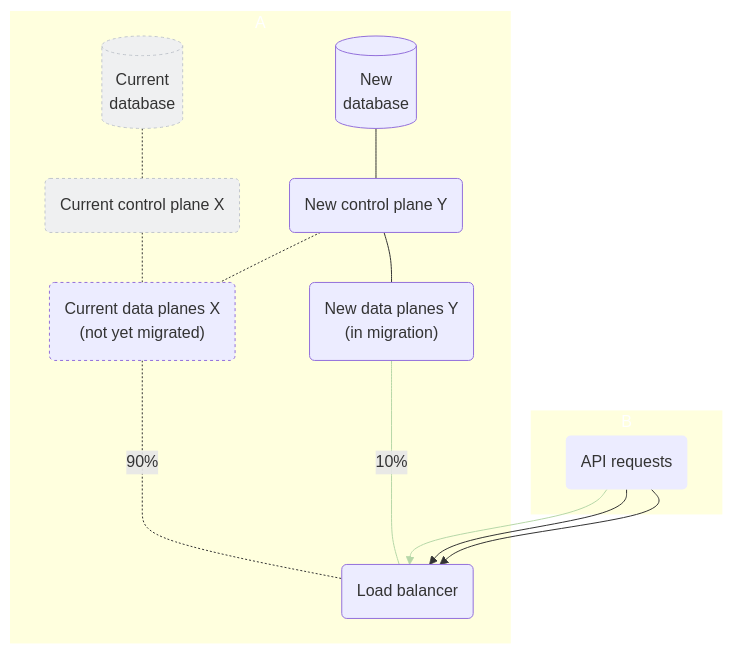
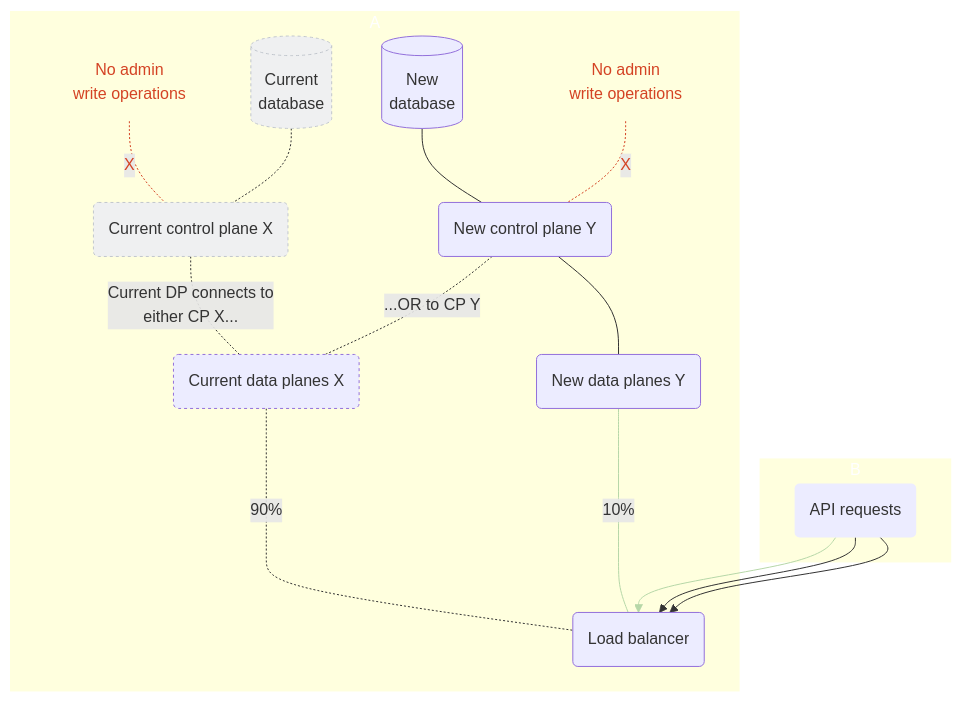
The third of 4 diagrams in app/_includes/md/gateway/hybrid-upgrade.md (Kong/docs.konghq.com), drawn with Mermaid before and after one commit. The commit also changed other lines of this file and 1 other file, not shown here.

Commit message:
add some missing elements to diagrams

```diff
--- a/app/_includes/md/gateway/hybrid-upgrade.md
+++ b/app/_includes/md/gateway/hybrid-upgrade.md
@@ -104,31 +104,39 @@
 {% mermaid %}
 flowchart TD
     DBX[(Current \n database)]
     DBY[(New \n database)]
     CPX(Current control plane X)
     CPY(New control plane Y)
-    DPX(Current data planes X \n #40;not yet migrated#41;)
-    DPY(New data planes Y \n #40;in migration#41;)
+    DPX(Current data planes X)
+    DPY(New data planes Y)
     API(API requests)
     LB(Load balancer)
+    Admin(No admin \n write operations)
+    Admin2(No admin \n write operations)
     
     subgraph A
+        Admin -.X.- CPX
         DBX -.- CPX
         DBY --- CPY
-        CPX & CPY -.- DPX
+        CPX -."Current DP connects to \neither CP X...".- DPX
+        Admin2 -.X.- CPY
+        CPY -."...OR to CP Y".- DPX
         DPX -.90%..- LB
         CPY --- DPY --10%---- LB
         
     end
     subgraph B
         API --> LB & LB & LB
     end
 
-    linkStyle 6,7 stroke:#b6d7a8
+    linkStyle 0,4 stroke:#d44324,color:#d44324
+    linkStyle 8,9 stroke:#b6d7a8
     style CPX stroke-dasharray:3,fill:#eff0f1ff,stroke:#c1c6cdff
     style DPX stroke-dasharray:3
     style DBX stroke-dasharray:3,fill:#eff0f1ff,stroke:#c1c6cdff
     style API stroke:none
     style A stroke:none,color:#fff
     style B stroke:none,color:#fff
+    style Admin fill:none,stroke:none,color:#d44324
+    style Admin2 fill:none,stroke:none,color:#d44324
 {% endmermaid %}
```
